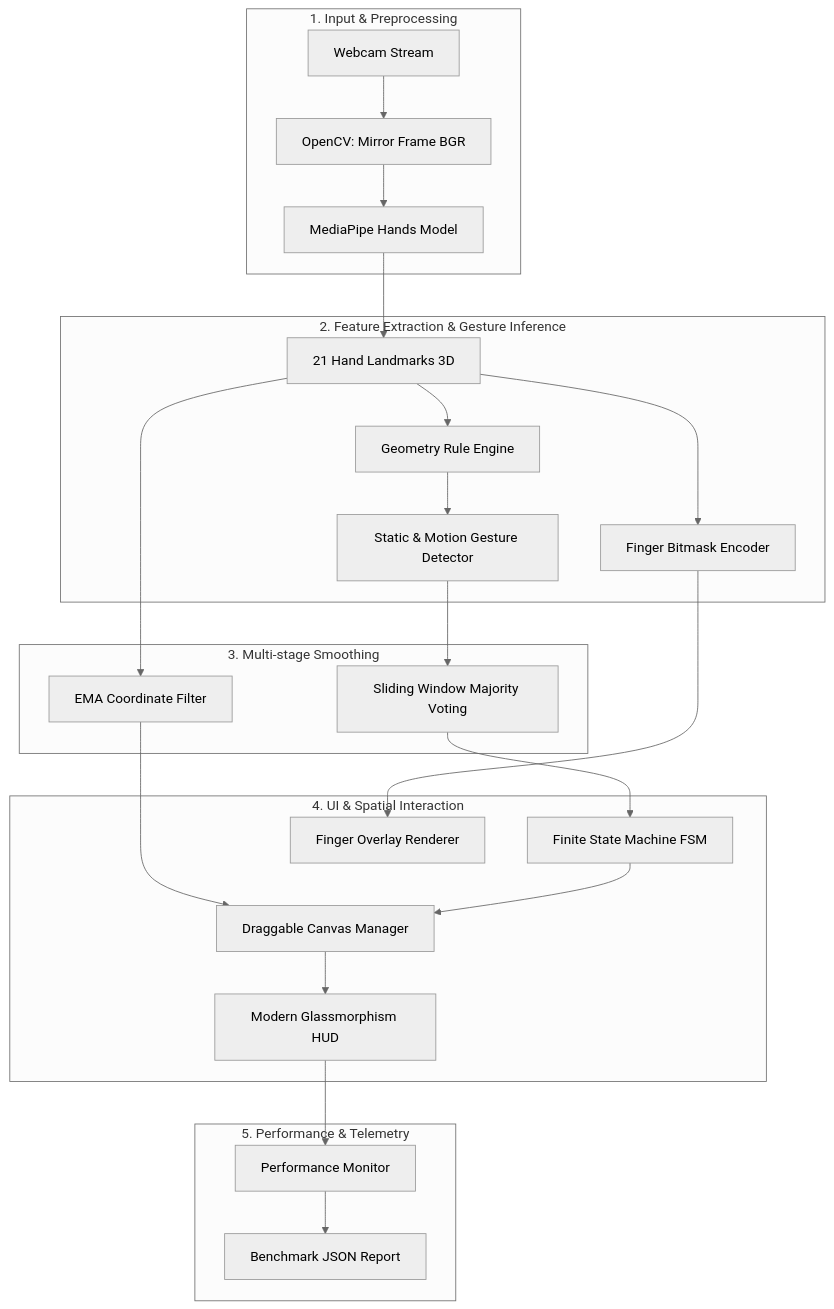
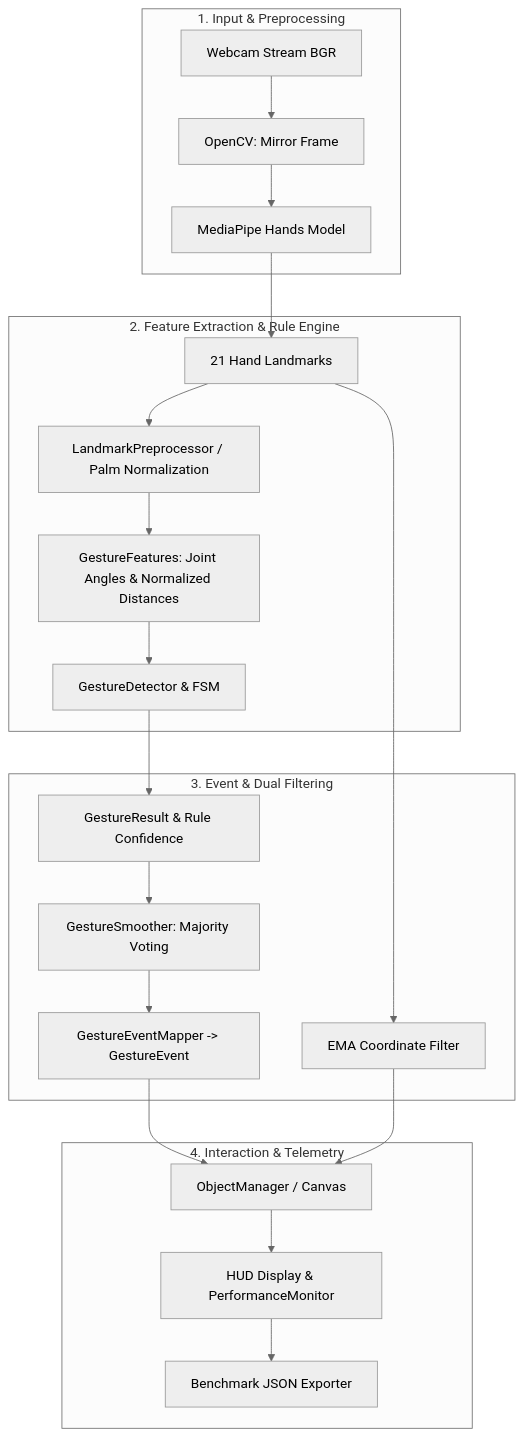
Before and after one commit to haminhthong/hand-gesture-recognition: the diagram in README.md, drawn with Mermaid (neutral theme). The commit also changed other lines of this file and 32 other files, not shown here.

````diff
--- a/README.md
+++ b/README.md
@@ -40,32 +60,28 @@
 ```mermaid
 flowchart TD
     subgraph Capture ["1. Input & Preprocessing"]
-        A[Webcam Stream] --> B[OpenCV: Mirror Frame BGR]
+        A[Webcam Stream BGR] --> B[OpenCV: Mirror Frame]
         B --> C[MediaPipe Hands Model]
     end
 
-    subgraph Perception ["2. Feature Extraction & Gesture Inference"]
-        C --> D[21 Hand Landmarks 3D]
-        D --> E[Geometry Rule Engine]
-        D --> F[Finger Bitmask Encoder]
-        E --> G[Static & Motion Gesture Detector]
+    subgraph Perception ["2. Feature Extraction & Rule Engine"]
+        C --> D[21 Hand Landmarks]
+        D --> E[LandmarkPreprocessor / Palm Normalization]
+        E --> F[GestureFeatures: Joint Angles & Normalized Distances]
+        F --> G[GestureDetector & FSM]
     end
 
-    subgraph Filtering ["3. Multi-stage Smoothing"]
-        G --> H[Sliding Window Majority Voting]
-        D --> I[EMA Coordinate Filter]
+    subgraph Mapping ["3. Event & Dual Filtering"]
+        G --> H[GestureResult & Rule Confidence]
+        H --> I[GestureSmoother: Majority Voting]
+        I --> J[GestureEventMapper -> GestureEvent]
+        D --> K[EMA Coordinate Filter]
     end
 
-    subgraph Interaction ["4. UI & Spatial Interaction"]
-        H --> J[Finite State Machine FSM]
-        I --> K[Draggable Canvas Manager]
-        J --> K
-        F --> L[Finger Overlay Renderer]
-        K --> M[Modern Glassmorphism HUD]
-    end
-
-    subgraph Analytics ["5. Performance & Telemetry"]
-        M --> N[Performance Monitor]
-        N --> O[Benchmark JSON Report]
+    subgraph UI ["4. Interaction & Telemetry"]
+        J --> L[ObjectManager / Canvas]
+        K --> L
+        L --> M[HUD Display & PerformanceMonitor]
+        M --> N[Benchmark JSON Exporter]
     end
 ```
````
